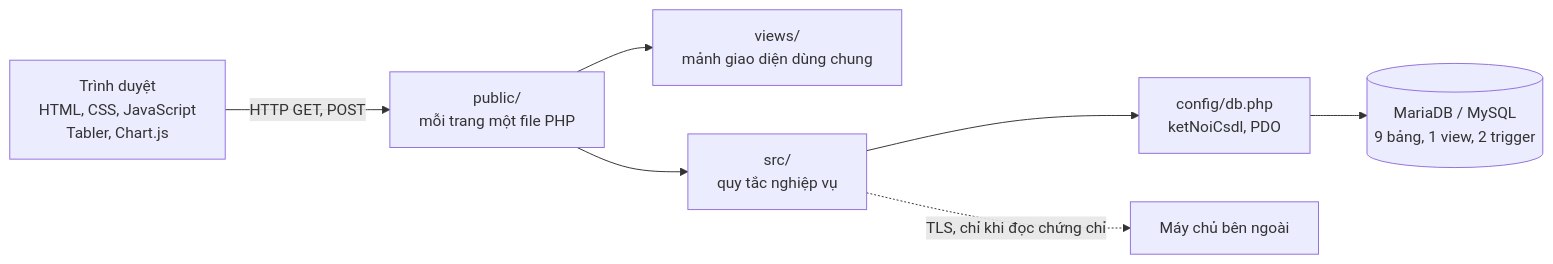
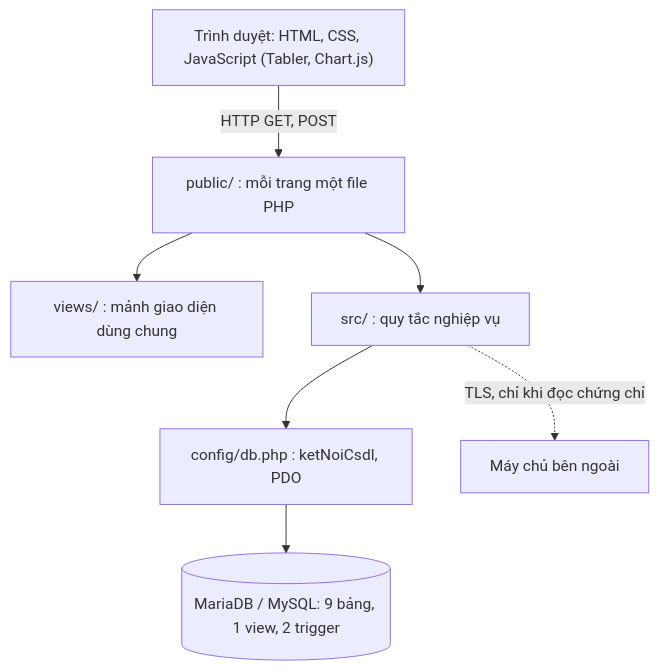
The diagram in docs/BAO_CAO.md (sakuralegend/cipher), drawn with Mermaid before and after one commit. The commit also changed other lines of this file and 5 other files, not shown here.

First line of the commit message:
Báo cáo: sửa trình bày sau khi xem hết 98 trang PDF dựng thử (lưu giữa chừng)

````diff
--- a/docs/BAO_CAO.md
+++ b/docs/BAO_CAO.md
@@ -117,9 +117,9 @@
 ```mermaid
-flowchart LR
-    ND["Trình duyệt<br/>HTML, CSS, JavaScript<br/>Tabler, Chart.js"] -->|"HTTP GET, POST"| P["public/<br/>mỗi trang một file PHP"]
-    P --> V["views/<br/>mảnh giao diện dùng chung"]
-    P --> S["src/<br/>quy tắc nghiệp vụ"]
-    S --> C["config/db.php<br/>ketNoiCsdl, PDO"]
-    C --> DB[("MariaDB / MySQL<br/>9 bảng, 1 view, 2 trigger")]
+flowchart TB
+    ND["Trình duyệt: HTML, CSS, JavaScript (Tabler, Chart.js)"] -->|"HTTP GET, POST"| P["public/ : mỗi trang một file PHP"]
+    P --> V["views/ : mảnh giao diện dùng chung"]
+    P --> S["src/ : quy tắc nghiệp vụ"]
+    S --> C["config/db.php : ketNoiCsdl, PDO"]
+    C --> DB[("MariaDB / MySQL: 9 bảng, 1 view, 2 trigger")]
     S -.->|"TLS, chỉ khi đọc chứng chỉ"| MC["Máy chủ bên ngoài"]
 ```
````
